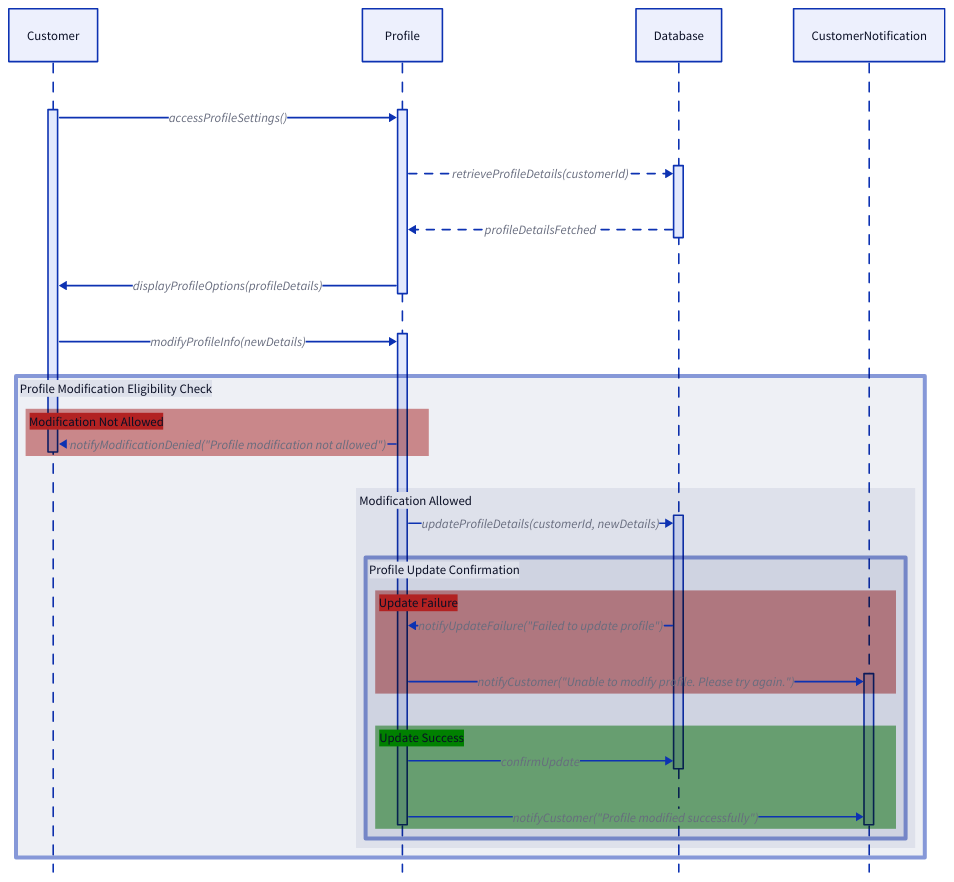
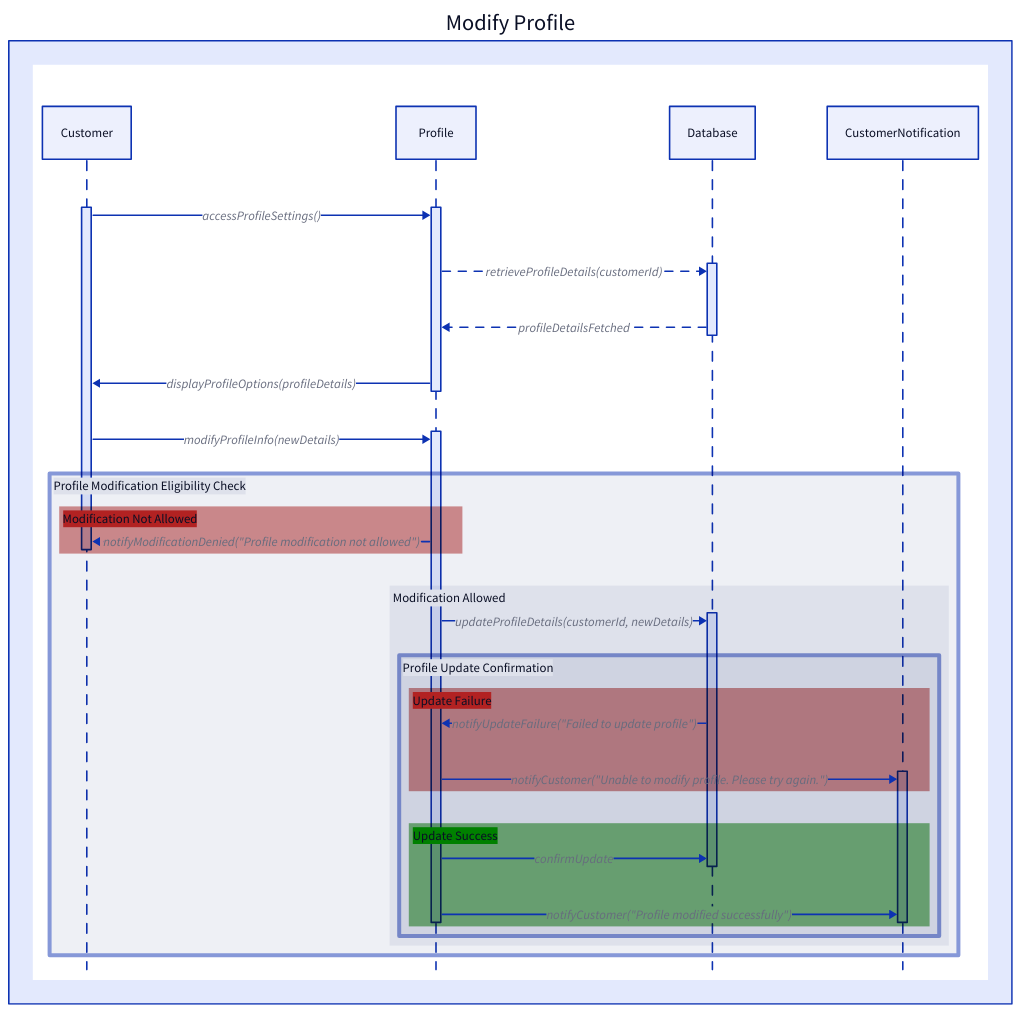
The diagram in documentation/diagrams/action-sequence/modify-profile.d2 (Arqamz/hawktu-logistics), drawn with D2 before and after one commit. The commit also changed 25 other files, not shown here.

Commit message:
Add consistent theming to all diagrams

```diff
--- a/documentation/diagrams/action-sequence/modify-profile.d2
+++ b/documentation/diagrams/action-sequence/modify-profile.d2
@@ -1,48 +1,56 @@
-shape: sequence_diagram
+Modify Profile: {
+    
+  label: "Modify Profile"
 
-Customer.t1: actor
-Profile.t1: actor
-Database.t1: actor
-CustomerNotification
+  "" : {
 
-Customer.t1 -> Profile.t1: accessProfileSettings()
-Profile.t1 -> Database.t1: retrieveProfileDetails(customerId) {
-  style.stroke-dash: 5
-}
-Profile.t1 <- Database.t1: profileDetailsFetched {
-  style.stroke-dash: 5
-}
-Customer.t1 <- Profile.t1: displayProfileOptions(profileDetails)
+    shape: sequence_diagram
 
-Customer.t1 -> Profile.t2: modifyProfileInfo(newDetails)
+    Customer.t1: actor
+    Profile.t1: actor
+    Database.t1: actor
+    CustomerNotification
 
-alt label: "Profile Modification Eligibility Check" {
-  style.stroke-width: 5
-
-  if label: "Modification Not Allowed" {
-    style.fill: firebrick
-    Profile.t2 -> Customer.t1: notifyModificationDenied("Profile modification not allowed")  {
+    Customer.t1 -> Profile.t1: accessProfileSettings()
+    Profile.t1 -> Database.t1: retrieveProfileDetails(customerId) {
       style.stroke-dash: 5
     }
-  }
-  else label: "Modification Allowed" {
-    Profile.t2 -> Database.t2: updateProfileDetails(customerId, newDetails)
-    
-    alt1 label: "Profile Update Confirmation" {
+    Profile.t1 <- Database.t1: profileDetailsFetched {
+      style.stroke-dash: 5
+    }
+    Customer.t1 <- Profile.t1: displayProfileOptions(profileDetails)
+
+    Customer.t1 -> Profile.t2: modifyProfileInfo(newDetails)
+
+    alt label: "Profile Modification Eligibility Check" {
       style.stroke-width: 5
 
-      if label: "Update Failure" {
+      if label: "Modification Not Allowed" {
         style.fill: firebrick
-        Database.t2 -> Profile.t2: notifyUpdateFailure("Failed to update profile") {
+        Profile.t2 -> Customer.t1: notifyModificationDenied("Profile modification not allowed")  {
           style.stroke-dash: 5
         }
-        Profile.t2 -> CustomerNotification.t2: notifyCustomer("Unable to modify profile. Please try again.")
       }
-      else label: "Update Success" {
-        style.fill: green
-        Database.t2 <- Profile.t2: confirmUpdate 
-        CustomerNotification.t2 <- Profile.t2: notifyCustomer("Profile modified successfully") 
+      else label: "Modification Allowed" {
+        Profile.t2 -> Database.t2: updateProfileDetails(customerId, newDetails)
+        
+        alt1 label: "Profile Update Confirmation" {
+          style.stroke-width: 5
+
+          if label: "Update Failure" {
+            style.fill: firebrick
+            Database.t2 -> Profile.t2: notifyUpdateFailure("Failed to update profile") {
+              style.stroke-dash: 5
+            }
+            Profile.t2 -> CustomerNotification.t2: notifyCustomer("Unable to modify profile. Please try again.")
+          }
+          else label: "Update Success" {
+            style.fill: green
+            Database.t2 <- Profile.t2: confirmUpdate 
+            CustomerNotification.t2 <- Profile.t2: notifyCustomer("Profile modified successfully") 
+          }
+        }
       }
     }
   }
 }
```
